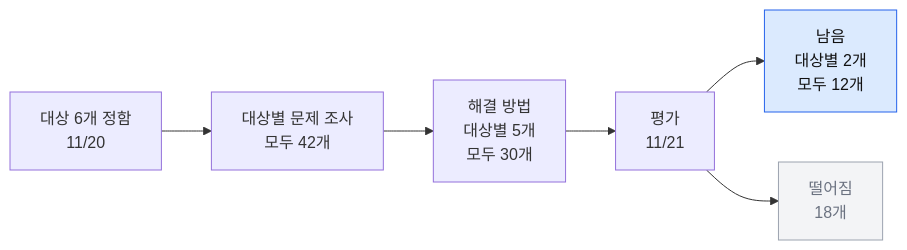
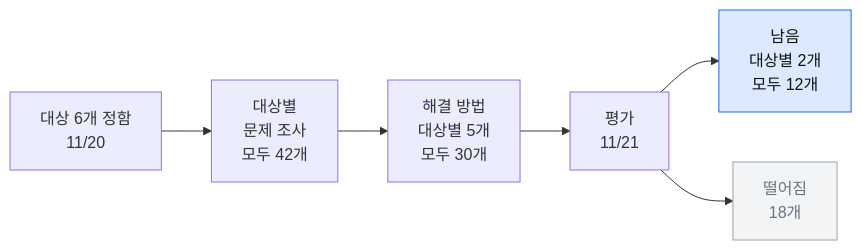
Before and after one commit to lumos0107/AI_Final_Project: the diagram in docs/ideation/social_targets/README.md, drawn with Mermaid. The commit also changed 4 other files, not shown here.

````diff
--- a/docs/ideation/social_targets/README.md
+++ b/docs/ideation/social_targets/README.md
@@ -7,12 +7,12 @@
 ```mermaid
 flowchart LR
-    A["대상 6개 정함<br>11/20"] --> B["대상별 문제 조사<br>모두 42개"]
+    A["대상 6개 정함<br>11/20"] --> B["대상별<br>문제 조사<br>모두 42개"]
     B --> C["해결 방법<br>대상별 5개<br>모두 30개"]
     C --> D["평가<br>11/21"]
     D --> K["남음<br>대상별 2개<br>모두 12개"]
     D --> X["떨어짐<br>18개"]
     class K keep
     class X drop
     classDef keep fill:#dbeafe,stroke:#2563eb,color:#111
     classDef drop fill:#f3f4f6,stroke:#9ca3af,color:#6b7280
 ```
````
